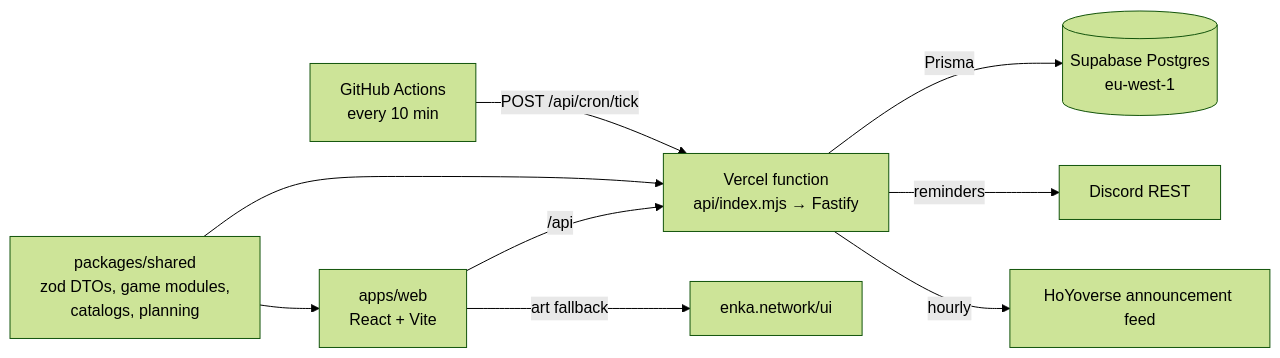
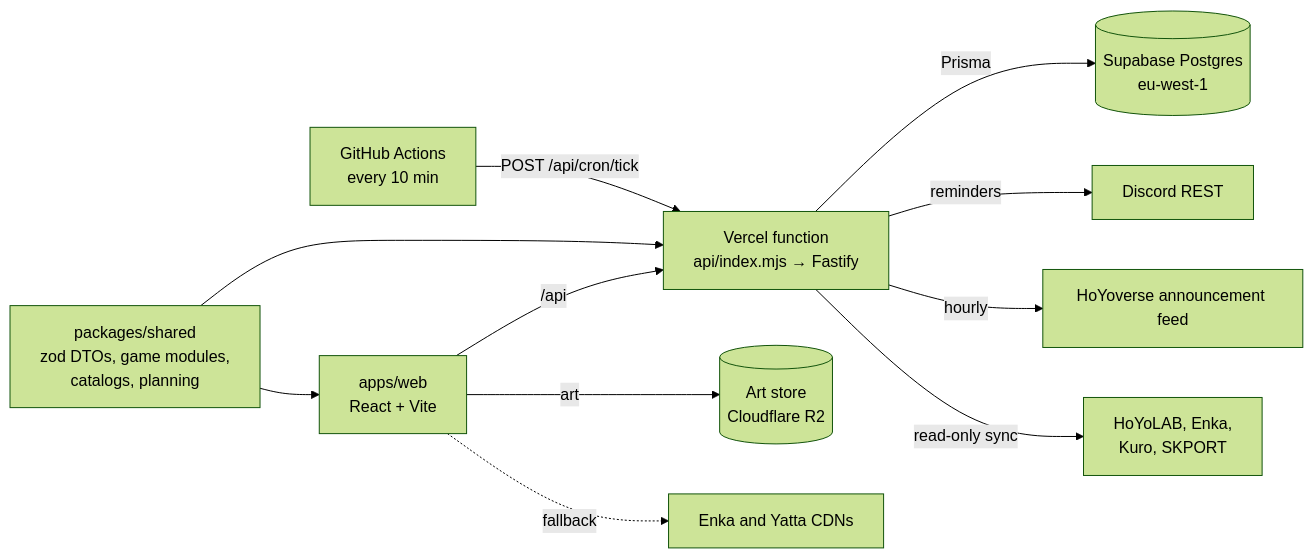
The diagram in docs/DESIGN.md (adam-riffi/gacha-hub), drawn with Mermaid (forest theme) before and after one commit. The commit also changed other lines of this file and 4 other files, not shown here.

````diff
--- a/docs/DESIGN.md
+++ b/docs/DESIGN.md
@@ -47,11 +54,13 @@
 ```mermaid
 flowchart LR
   W[apps/web<br/>React + Vite] -- /api --> F[Vercel function<br/>api/index.mjs → Fastify]
   F -- Prisma --> DB[(Supabase Postgres<br/>eu-west-1)]
   S[packages/shared<br/>zod DTOs, game modules,<br/>catalogs, planning] --> W
   S --> F
   GH[GitHub Actions<br/>every 10 min] -- POST /api/cron/tick --> F
   F -- reminders --> D[Discord REST]
   F -- hourly --> H[HoYoverse announcement feed]
-  W -- art fallback --> E[enka.network/ui]
+  W -- art --> R[(Art store<br/>Cloudflare R2)]
+  W -. fallback .-> E[Enka and Yatta CDNs]
+  F -- read-only sync --> X[HoYoLAB, Enka,<br/>Kuro, SKPORT]
 ```
````
